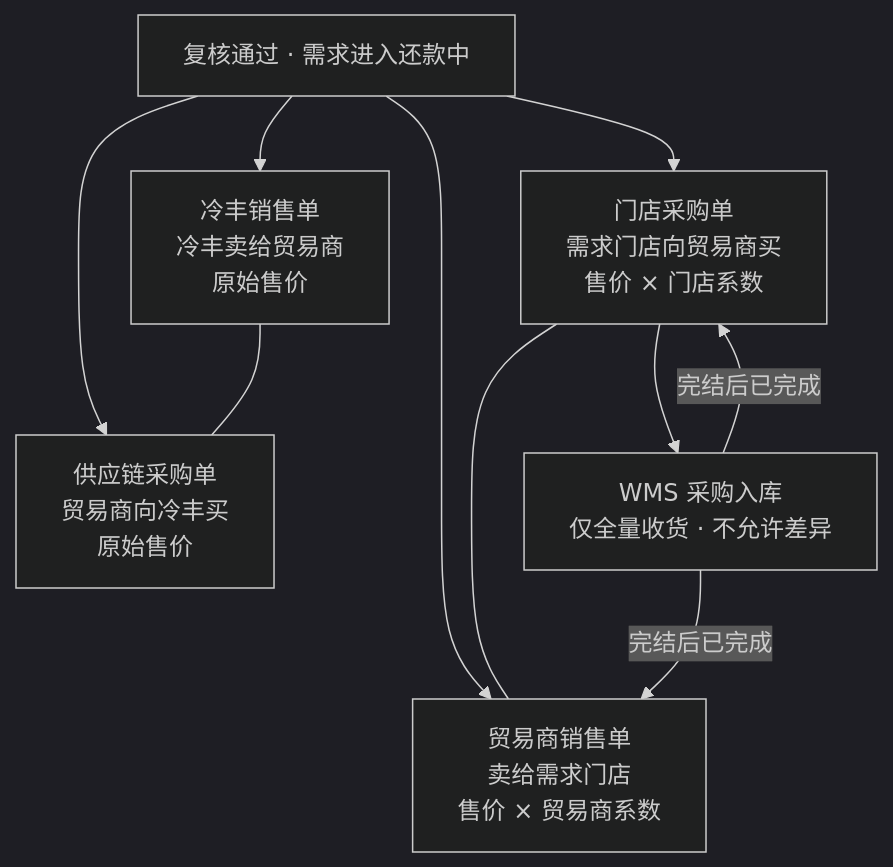
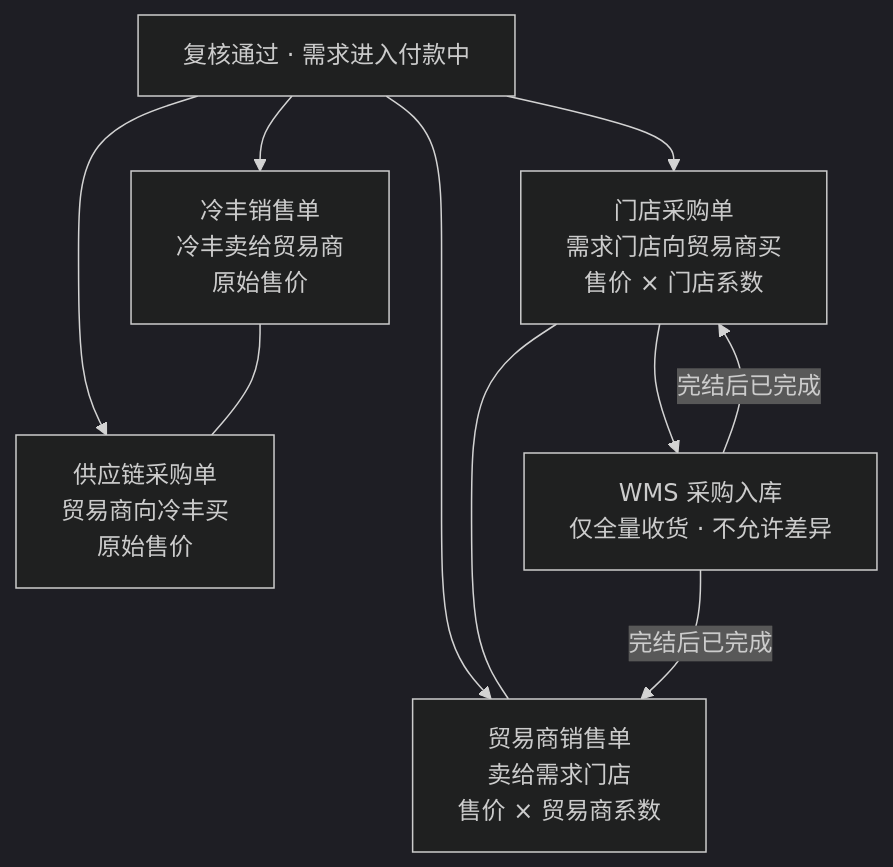
Before and after one commit to 342-droid/LFerp: the second of 4 diagrams in RBT/docs/需求复核后单据方案.md, drawn with Mermaid (dark theme). The commit also changed other lines of this file and 51 other files, not shown here.

````diff
--- a/RBT/docs/需求复核后单据方案.md
+++ b/RBT/docs/需求复核后单据方案.md
@@ -50,12 +64,12 @@
 ```mermaid
 flowchart TB
-  R[复核通过 · 需求进入还款中] --> S0[冷丰销售单<br/>冷丰卖给贸易商<br/>原始售价]
+  R[复核通过 · 需求进入付款中] --> S0[冷丰销售单<br/>冷丰卖给贸易商<br/>原始售价]
   R --> P1[供应链采购单<br/>贸易商向冷丰买<br/>原始售价]
   R --> P2[门店采购单<br/>需求门店向贸易商买<br/>售价 × 门店系数]
   R --> S1[贸易商销售单<br/>卖给需求门店<br/>售价 × 贸易商系数]
   S0 --- P1
   P2 --- S1
   P2 --> IBD[WMS 采购入库<br/>仅全量收货 · 不允许差异]
   IBD -->|完结后已完成| P2
   IBD -->|完结后已完成| S1
 ```
````
